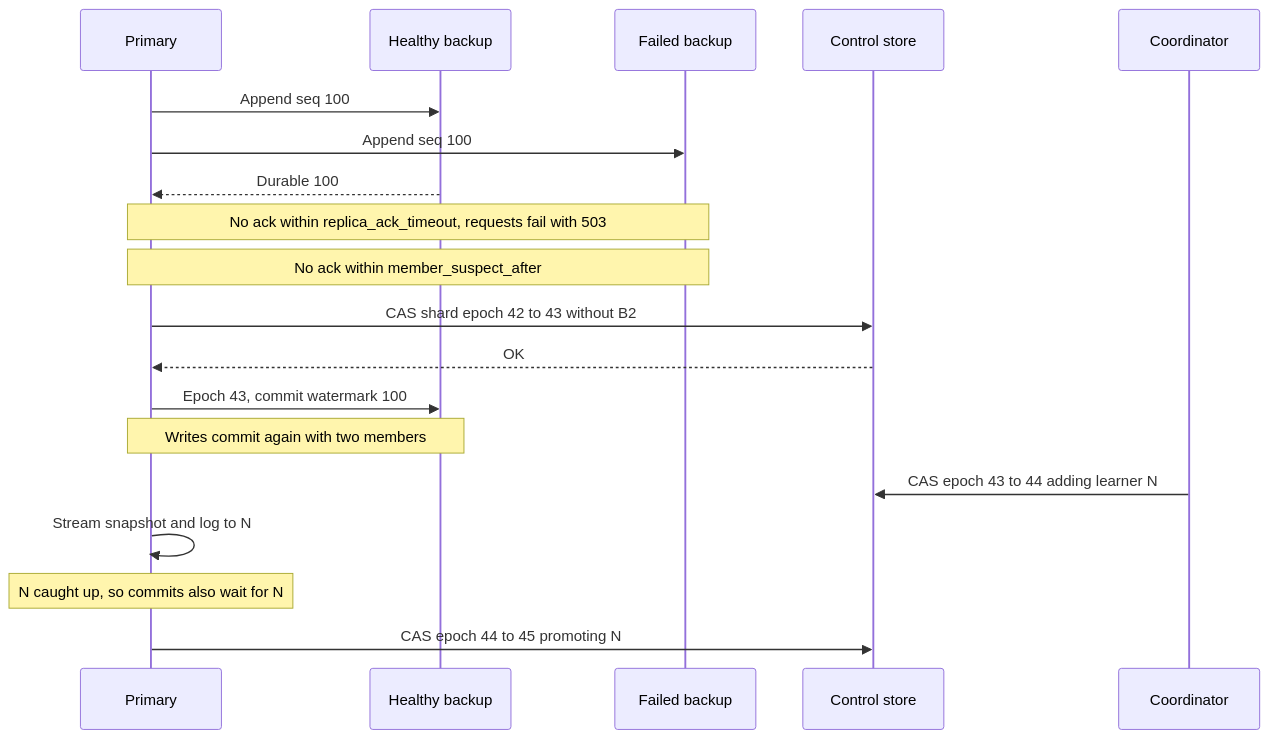
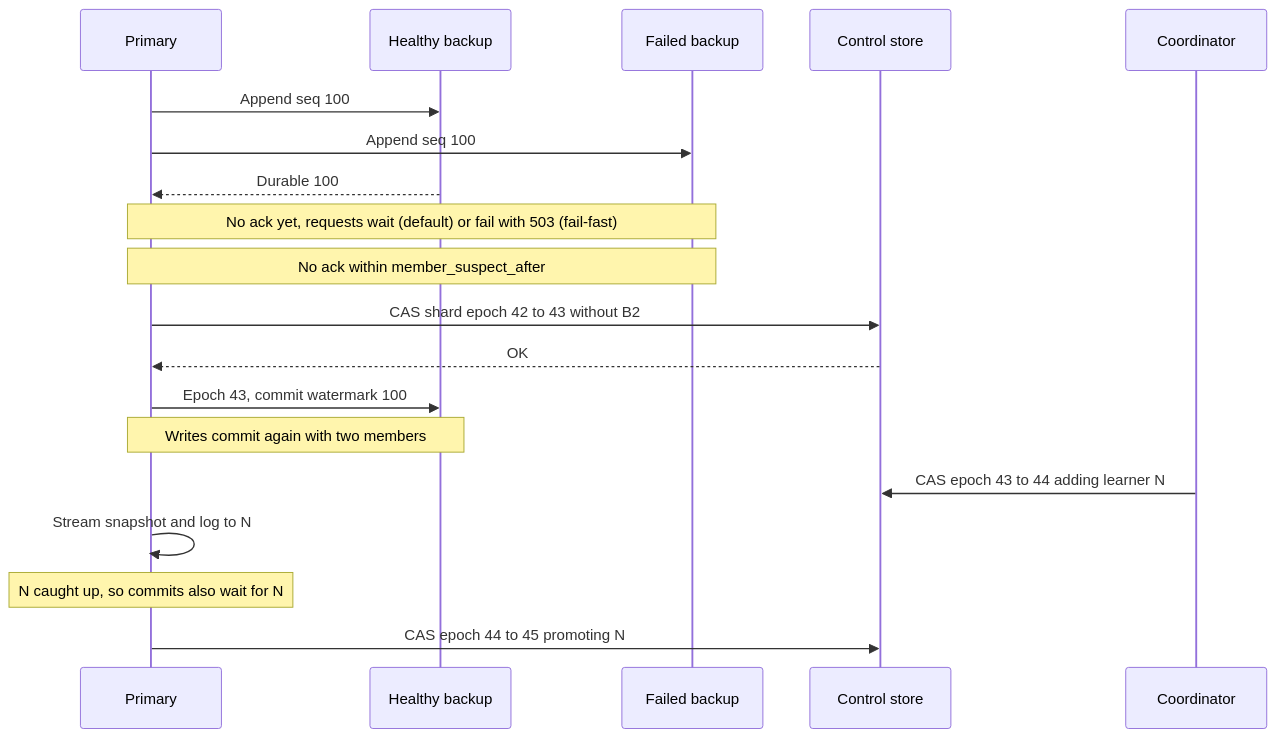
The fourth of 8 diagrams in docs/skys3-design.md (skys3/skys3), drawn with Mermaid before and after one commit. The commit also changed other lines of this file, not shown here.

````diff
--- a/docs/skys3-design.md
+++ b/docs/skys3-design.md
@@ -389,21 +402,21 @@
 ```mermaid
 sequenceDiagram
     participant P as Primary
     participant B1 as Healthy backup
     participant B2 as Failed backup
     participant CS as Control store
     participant K as Coordinator
     P->>B1: Append seq 100
     P->>B2: Append seq 100
     B1-->>P: Durable 100
-    Note over P,B2: No ack within replica_ack_timeout, requests fail with 503
+    Note over P,B2: No ack yet, requests wait (default) or fail with 503 (fail-fast)
     Note over P,B2: No ack within member_suspect_after
     P->>CS: CAS shard epoch 42 to 43 without B2
     CS-->>P: OK
     P->>B1: Epoch 43, commit watermark 100
     Note over P,B1: Writes commit again with two members
     K->>CS: CAS epoch 43 to 44 adding learner N
     P->>P: Stream snapshot and log to N
     Note over P: N caught up, so commits also wait for N
     P->>CS: CAS epoch 44 to 45 promoting N
 ```
````
